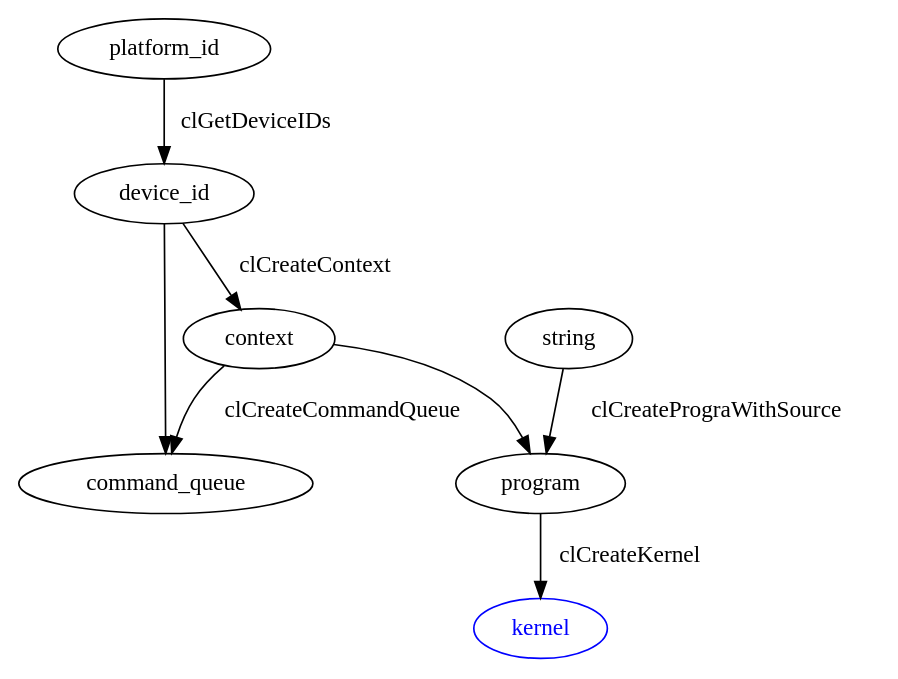
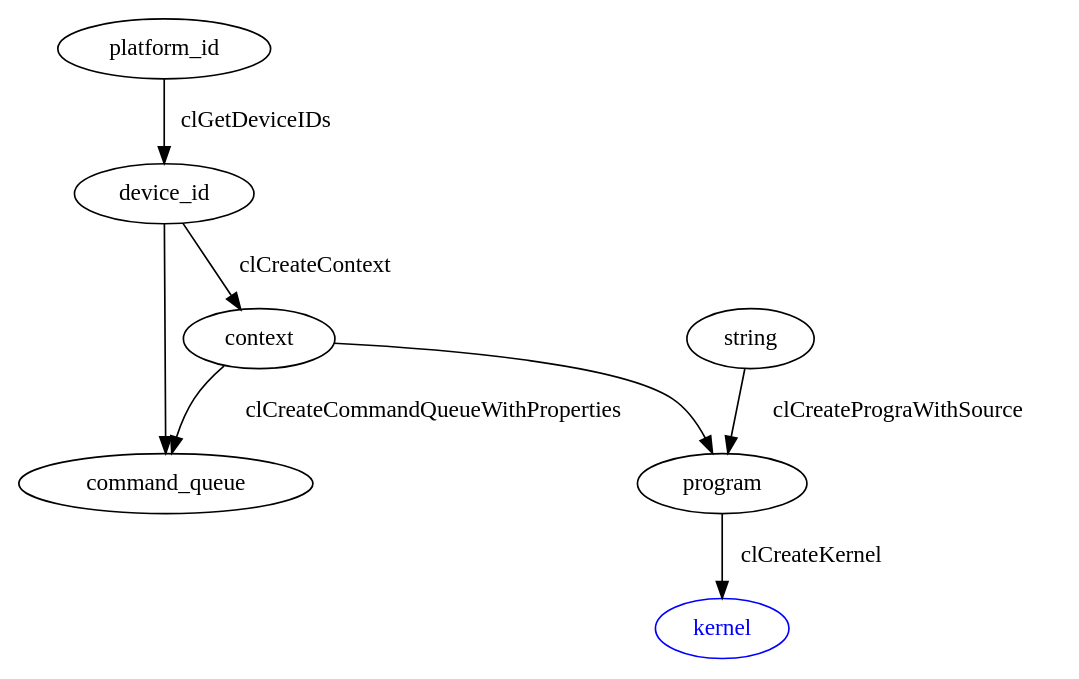
One commit to pangfengliu/parallelprogramming changed the diagram in OpenCL-basic/kernel.dot. Above: the diagram before and after it, drawn with Graphviz. The commit also changed 16 other files, not shown here.

Commit message:
Change to clCreateCommandQueueWithProperties

```diff
--- a/OpenCL-basic/kernel.dot
+++ b/OpenCL-basic/kernel.dot
@@ -1,10 +1,10 @@
 digraph G {
 	platform_id -> device_id [label = "clGetDeviceIDs"];
 	device_id -> context [label = "clCreateContext"];
 	device_id -> command_queue;
-	context -> command_queue [label = clCreateCommandQueue];
+	context -> command_queue [label = clCreateCommandQueueWithProperties];
 	string -> program [label = clCreatePrograWithSource];
 	context -> program;
 	kernel [color = blue, fontcolor = blue];
 	program -> kernel [label = clCreateKernel];
 }
```
